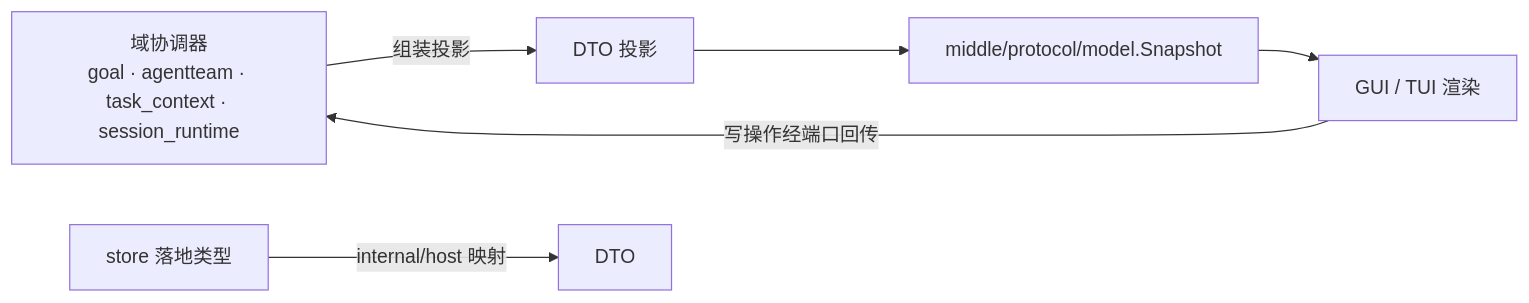
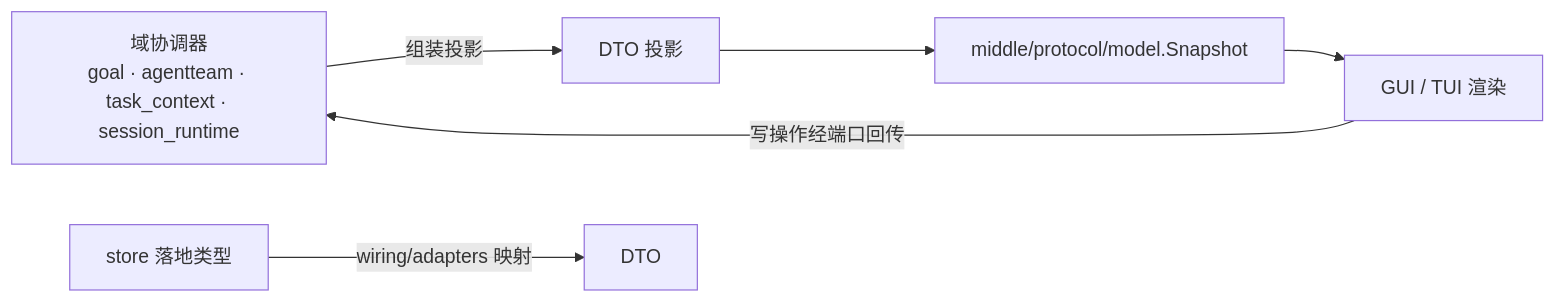
One commit to RedHuang-0622/seelex changed the second of 2 diagrams in contract/dto/README.md. Above: the diagram before and after it, drawn with Mermaid. The commit also changed other lines of this file and 321 other files, not shown here.

````diff
--- a/contract/dto/README.md
+++ b/contract/dto/README.md
@@ -80,8 +80,8 @@
 ```mermaid
 flowchart LR
     DOMAIN["域协调器<br/>goal · agentteam · task_context · session_runtime"] -->|组装投影| PROJ["DTO 投影"]
     PROJ --> SNAP["middle/protocol/model.Snapshot"]
     SNAP --> FE["GUI / TUI 渲染"]
     FE -->|写操作经端口回传| DOMAIN
-    STORE["store 落地类型"] -->|internal/host 映射| DTO
+    STORE["store 落地类型"] -->|wiring/adapters 映射| DTO
 ```
````
